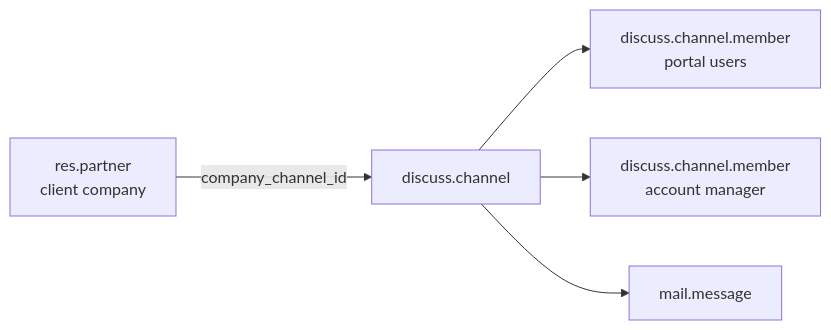
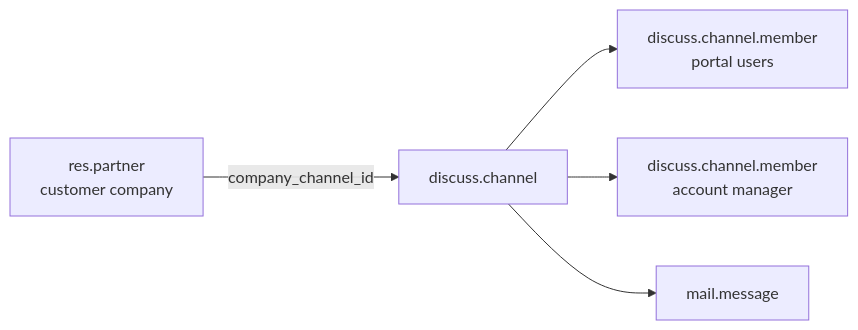
One commit to LaplaceSoftware/lp_projects_docs changed the third of 6 diagrams in docs/b2b_ecommerce_docs/_technical_docs/012-Realtime-and-Messaging.md. Above: the diagram before and after it, drawn with Mermaid. The commit also changed other lines of this file and 48 other files, not shown here.

````diff
--- a/docs/b2b_ecommerce_docs/_technical_docs/012-Realtime-and-Messaging.md
+++ b/docs/b2b_ecommerce_docs/_technical_docs/012-Realtime-and-Messaging.md
@@ -68,7 +68,7 @@
 ```mermaid
 flowchart LR
-    CC["res.partner<br/>client company"] -->|company_channel_id| CH["discuss.channel"]
+    CC["res.partner<br/>customer company"] -->|company_channel_id| CH["discuss.channel"]
     CH --> M1["discuss.channel.member<br/>portal users"]
     CH --> M2["discuss.channel.member<br/>account manager"]
     CH --> MSG["mail.message"]
 ```
````
